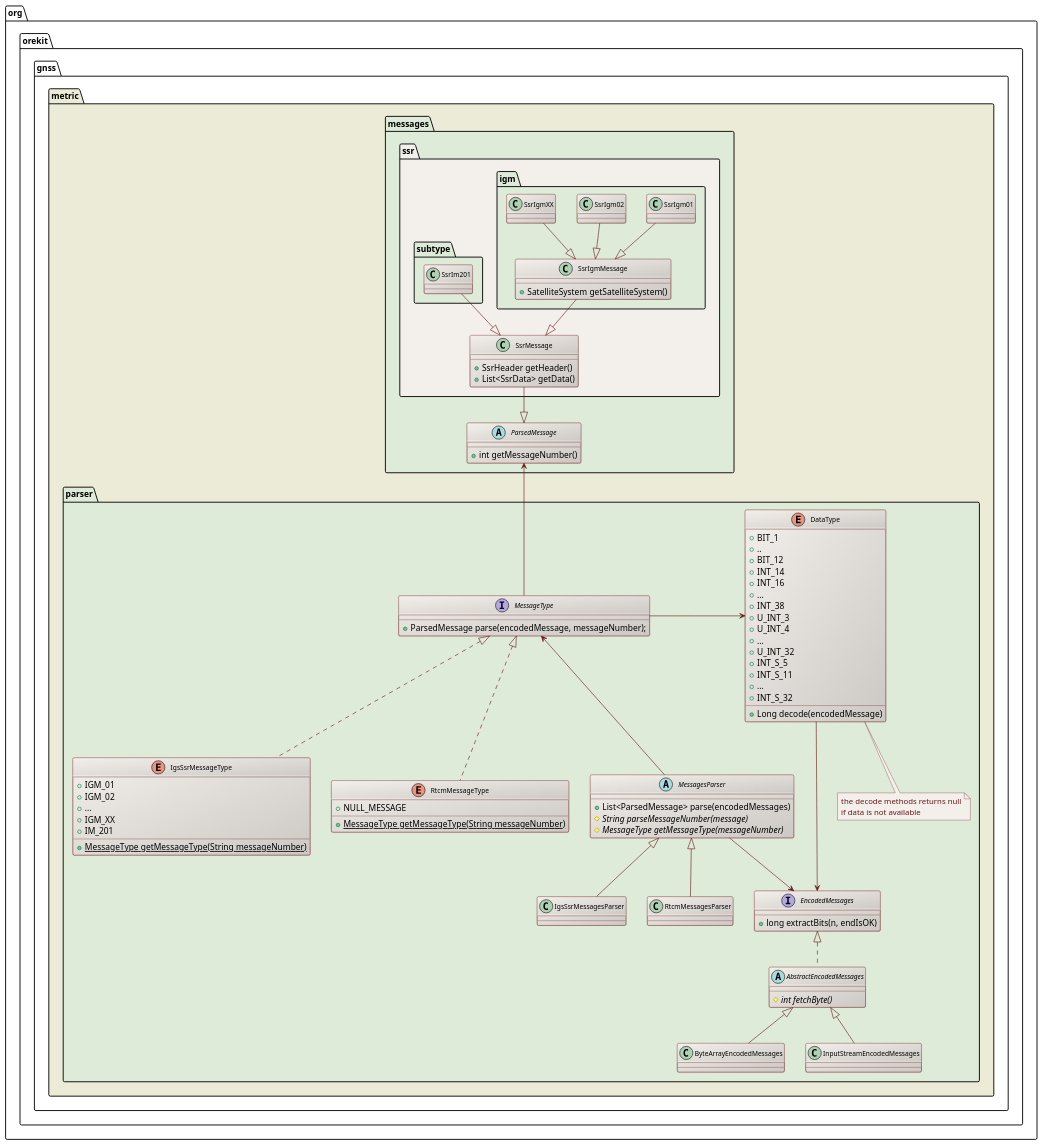
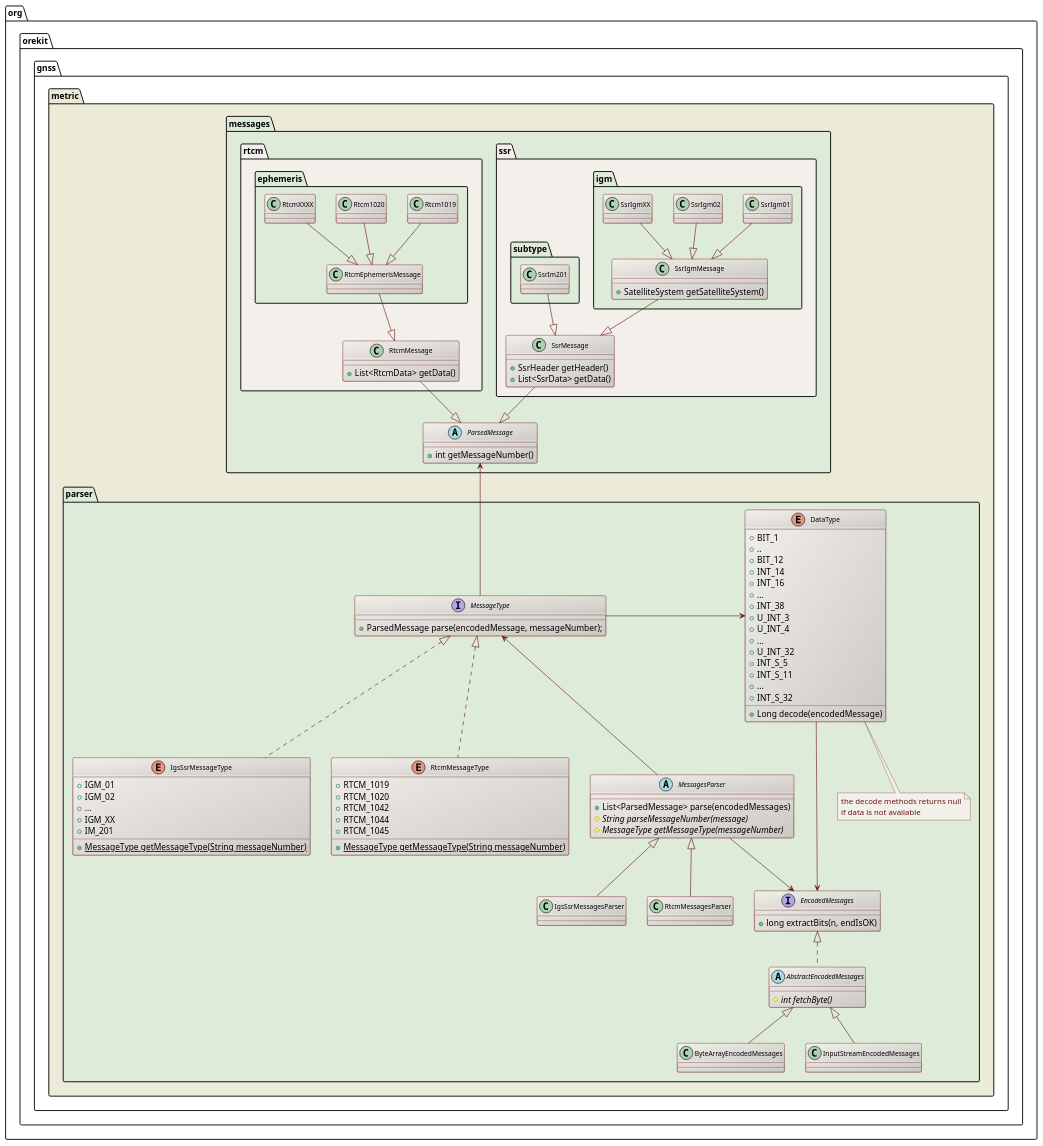
One commit to CS-SI/Orekit changed the diagram in src/design/metric-parser-class-diagram.puml. Above: the diagram before and after it, drawn with PlantUML. The commit also changed 15 other files, not shown here.

Commit message:
Added support for RTCM ephemeris messages.

```diff
--- a/src/design/metric-parser-class-diagram.puml
+++ b/src/design/metric-parser-class-diagram.puml
@@ -17,127 +17,151 @@
 @startuml
 
   skinparam svek                  true
   skinparam ClassBackgroundColor  #F3EFEB/CCC9C5
   skinparam ClassArrowColor       #691616
   skinparam ClassBorderColor      #691616
   skinparam NoteBackgroundColor   #F3EFEB
   skinparam NoteBorderColor       #691616
   skinparam NoteFontColor         #691616
   skinparam ClassFontSize         11
 
   package org.orekit.gnss.metric #ECEBD8 {
 
     package messages #DDEBD8 {
       
       package ssr #F3EFEB {
       
         package igm #DDEBD8 {
           class SsrIgm01
           class SsrIgm02
           class SsrIgmXX
           class SsrIgmMessage {
             + SatelliteSystem getSatelliteSystem()
           }
         }
         
         package subtype #DDEBD8 {
           class SsrIm201
         }
         
         class SsrMessage {
           + SsrHeader getHeader()
           + List<SsrData> getData()
         }
+
+      }
+      
+      package rtcm #F3EFEB {
+      
+        package ephemeris #DDEBD8 {
+          class Rtcm1019
+          class Rtcm1020
+          class RtcmXXXX
+          class RtcmEphemerisMessage
+        }
+
+        class RtcmMessage {
+          + List<RtcmData> getData()
+        }
         
       }
 
       abstract class ParsedMessage {
         +int getMessageNumber()
       }
 
       SsrMessage --|> ParsedMessage
       SsrIgmMessage --|> SsrMessage
       SsrIgm01 --|> SsrIgmMessage
       SsrIgm02 --|> SsrIgmMessage
       SsrIgmXX --|> SsrIgmMessage
       SsrIm201 --|> SsrMessage
+      RtcmMessage --|> ParsedMessage
+      RtcmEphemerisMessage --|> RtcmMessage
+      Rtcm1019 --|> RtcmEphemerisMessage
+      Rtcm1020 --|> RtcmEphemerisMessage
+      RtcmXXXX --|> RtcmEphemerisMessage
 
     }
 
     package parser #DDEBD8 {
     
       interface MessageType {
         + ParsedMessage parse(encodedMessage, messageNumber);
       }
       
       enum IgsSsrMessageType {
         +IGM_01
         +IGM_02
         +...
         +IGM_XX
         +IM_201
         {static} +MessageType getMessageType(String messageNumber)
       }
 
       enum RtcmMessageType {
-        +NULL_MESSAGE
+        +RTCM_1019
+        +RTCM_1020
+        +RTCM_1042
+        +RTCM_1044
+        +RTCM_1045
         {static} +MessageType getMessageType(String messageNumber)
       }
 
       enum DataType {
         +BIT_1
         +..
         +BIT_12
         +INT_14
         +INT_16
         +...
         +INT_38
         +U_INT_3
         +U_INT_4
         +...
         +U_INT_32
         +INT_S_5
         +INT_S_11
         +...
         +INT_S_32
         +Long decode(encodedMessage)
       }
       note bottom
       the decode methods returns null
       if data is not available
       end note
 
       interface EncodedMessages {
         +long extractBits(n, endIsOK)
       }
 
       abstract class AbstractEncodedMessages {
         {abstract} #int fetchByte()
       }
 
       abstract MessagesParser {
         +List<ParsedMessage> parse(encodedMessages)
         {abstract} #String parseMessageNumber(message)
         {abstract} #MessageType getMessageType(messageNumber)
       }
       
       class IgsSsrMessagesParser
       class RtcmMessagesParser
 
       MessageType           -right-> DataType
       ParsedMessage           <--   MessageType
       DataType                -->   EncodedMessages 
       MessageType             <|..  IgsSsrMessageType
       MessageType             <|..  RtcmMessageType
       EncodedMessages         <|..  AbstractEncodedMessages 
       AbstractEncodedMessages <|--  ByteArrayEncodedMessages
       AbstractEncodedMessages <|--  InputStreamEncodedMessages
       MessagesParser <|--  IgsSsrMessagesParser
       MessagesParser <|--  RtcmMessagesParser
       MessagesParser           -->  EncodedMessages
       MessageType             <--   MessagesParser
     }
 
   }
 
 @enduml
```
